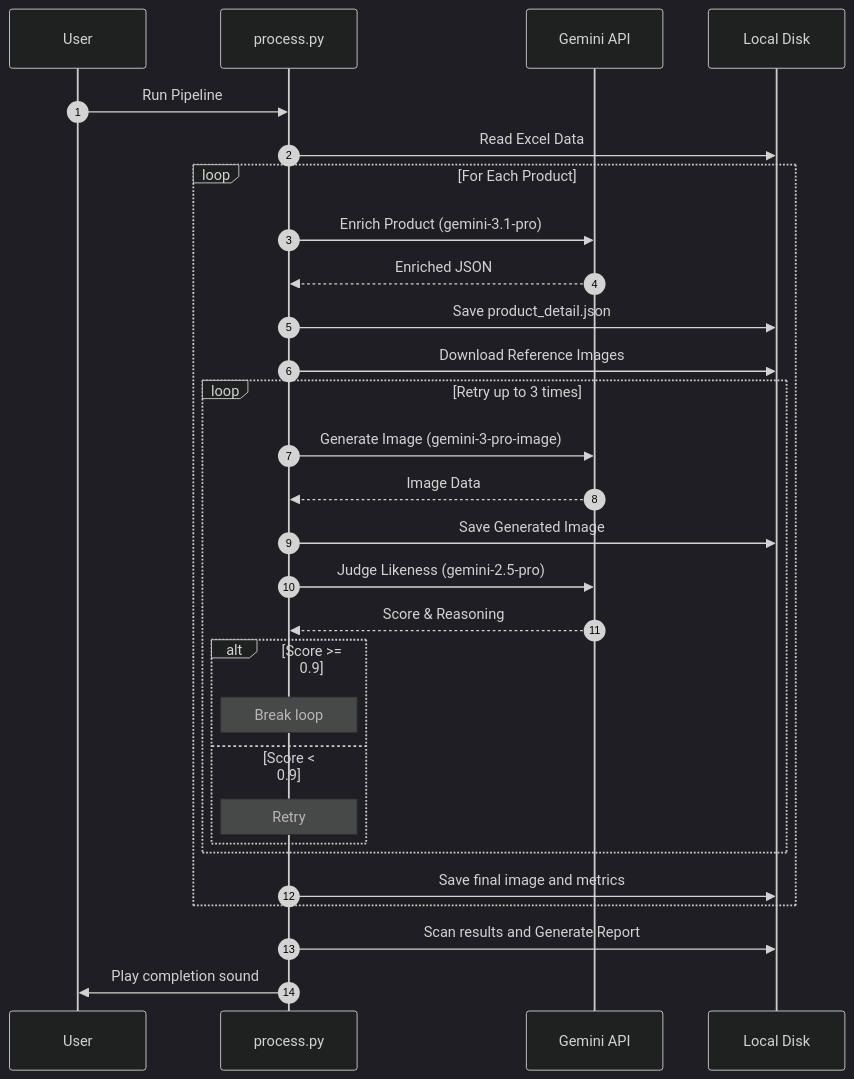
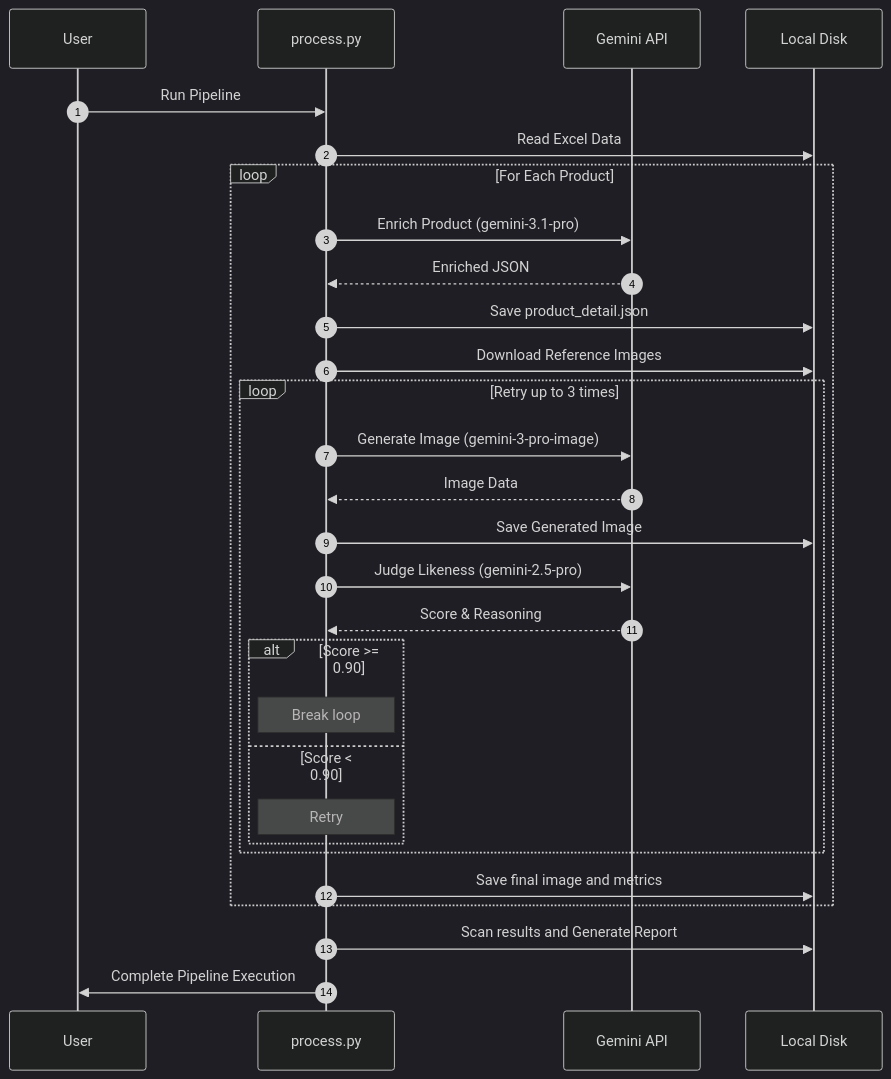
Before and after one commit to rrmcguinness/product-gen: the second of 2 diagrams in docs/pipeline_architecture.md, drawn with Mermaid (dark theme). The commit also changed other lines of this file and 19 other files, not shown here.

````diff
--- a/docs/pipeline_architecture.md
+++ b/docs/pipeline_architecture.md
@@ -74,32 +74,32 @@
 ```mermaid
 sequenceDiagram
     autonumber
     participant User
     participant Orchestrator as process.py
     participant Gemini as Gemini API
     participant Storage as Local Disk
 
     User->>Orchestrator: Run Pipeline
     Orchestrator->>Storage: Read Excel Data
     loop For Each Product
         Orchestrator->>Gemini: Enrich Product (gemini-3.1-pro)
         Gemini-->>Orchestrator: Enriched JSON
         Orchestrator->>Storage: Save product_detail.json
         Orchestrator->>Storage: Download Reference Images
         loop Retry up to 3 times
             Orchestrator->>Gemini: Generate Image (gemini-3-pro-image)
             Gemini-->>Orchestrator: Image Data
             Orchestrator->>Storage: Save Generated Image
             Orchestrator->>Gemini: Judge Likeness (gemini-2.5-pro)
             Gemini-->>Orchestrator: Score & Reasoning
-            alt Score >= 0.9
-                note over Orchestrator: Break loop
-            else Score < 0.9
-                note over Orchestrator: Retry
+            alt Score >= 0.90
+                Note over Orchestrator: Break loop
+            else Score < 0.90
+                Note over Orchestrator: Retry
             end
         end
         Orchestrator->>Storage: Save final image and metrics
     end
     Orchestrator->>Storage: Scan results and Generate Report
-    Orchestrator->>User: Play completion sound
+    Orchestrator->>User: Complete Pipeline Execution
 ```
````
